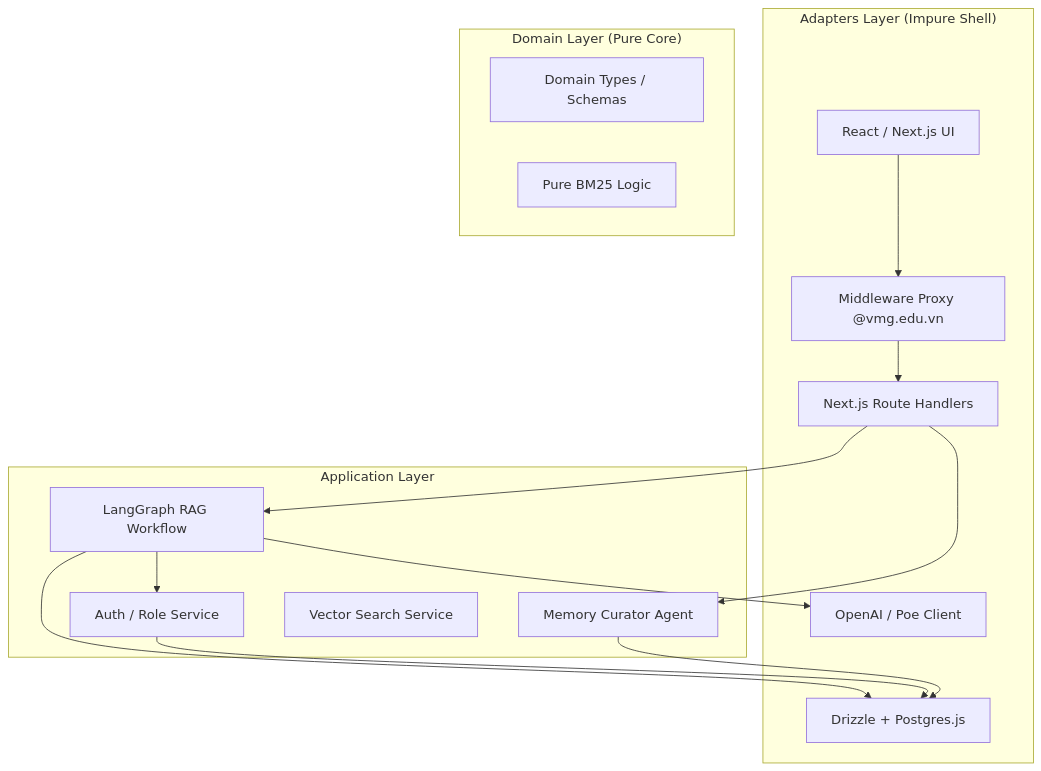
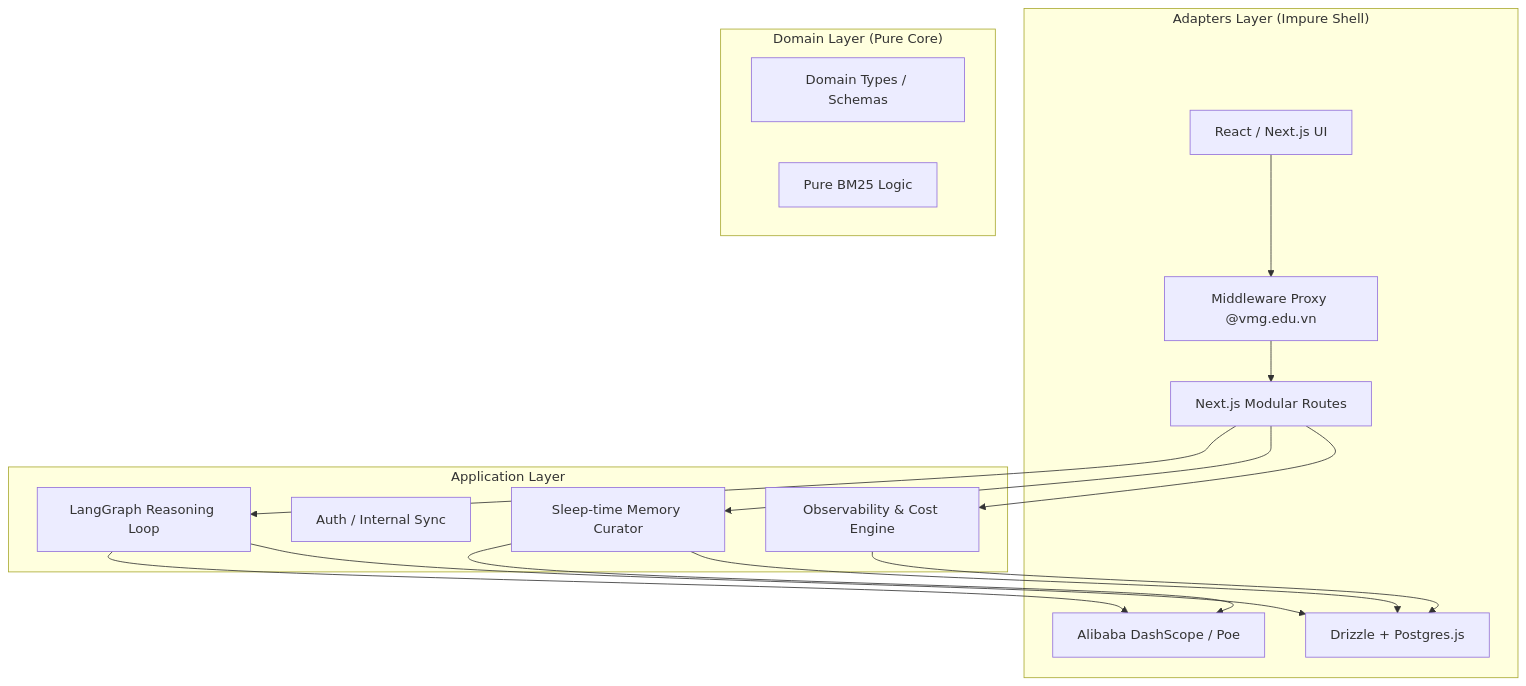
One commit to DragonL57/vmg_chatbot changed the first of 3 diagrams in docs/ARCHITECTURE.md. Above: the diagram before and after it, drawn with Mermaid. The commit also changed other lines of this file and 4 other files, not shown here.

Commit message:
feat: enhance observability with detailed tracing and cost accounting documentation

````diff
--- a/docs/ARCHITECTURE.md
+++ b/docs/ARCHITECTURE.md
@@ -13,32 +7,33 @@
 ```mermaid
 graph TD
     subgraph "Adapters Layer (Impure Shell)"
         UI[React / Next.js UI]
-        API[Next.js Route Handlers]
+        API[Next.js Modular Routes]
         Proxy[Middleware Proxy @vmg.edu.vn]
         DB_Adapter[Drizzle + Postgres.js]
-        LLM_Adapter[OpenAI / Poe Client]
+        LLM_Adapter[Alibaba DashScope / Poe]
     end
 
     subgraph "Application Layer"
-        Graph[LangGraph RAG Workflow]
-        AuthService[Auth / Role Service]
-        MemoryCurator[Memory Curator Agent]
-        VectorSearch[Vector Search Service]
+        Graph[LangGraph Reasoning Loop]
+        AuthService[Auth / Internal Sync]
+        MemoryCurator[Sleep-time Memory Curator]
+        ObsService[Observability & Cost Engine]
     end
 
     subgraph "Domain Layer (Pure Core)"
         Types[Domain Types / Schemas]
         BM25[Pure BM25 Logic]
     end
 
     UI --> Proxy
     Proxy --> API
     API --> Graph
     API --> MemoryCurator
     Graph --> LLM_Adapter
     Graph --> DB_Adapter
-    Graph --> AuthService
-    AuthService --> DB_Adapter
+    MemoryCurator --> LLM_Adapter
     MemoryCurator --> DB_Adapter
+    API --> ObsService
+    ObsService --> DB_Adapter
 ```
````
